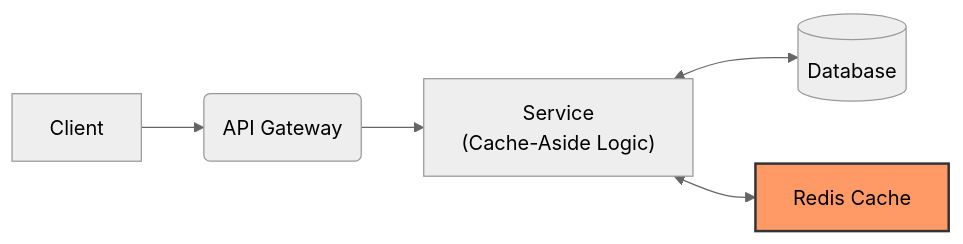
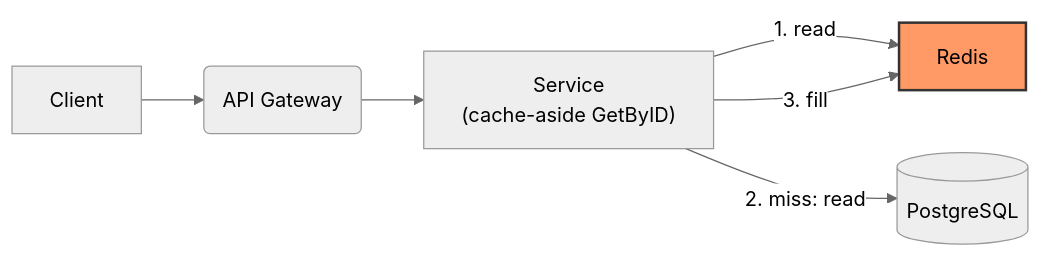
Before and after one commit to Kalaganov-Konstantin/eventflow-commerce: the first of 2 diagrams in docs/architecture/caching.md, drawn with Mermaid (neutral theme). The commit also changed other lines of this file and 7 other files, not shown here.

Commit message:
docs: refresh the architecture documents

````diff
--- a/docs/architecture/caching.md
+++ b/docs/architecture/caching.md
@@ -9,9 +16,11 @@
 ```mermaid
 flowchart LR
     style Cache fill:#f96,stroke:#333,stroke-width:2px
 
     Client --> GW(API Gateway)
-    GW --> S["Service<br>(Cache-Aside Logic)"]
-    S <--> DB[(Database)]
-    S <--> Cache[Redis Cache]
+    GW --> S["Service
+(cache-aside GetByID)"]
+    S -- "1. read" --> Cache[Redis]
+    S -- "2. miss: read" --> DB[(PostgreSQL)]
+    S -- "3. fill" --> Cache
 ```
````
